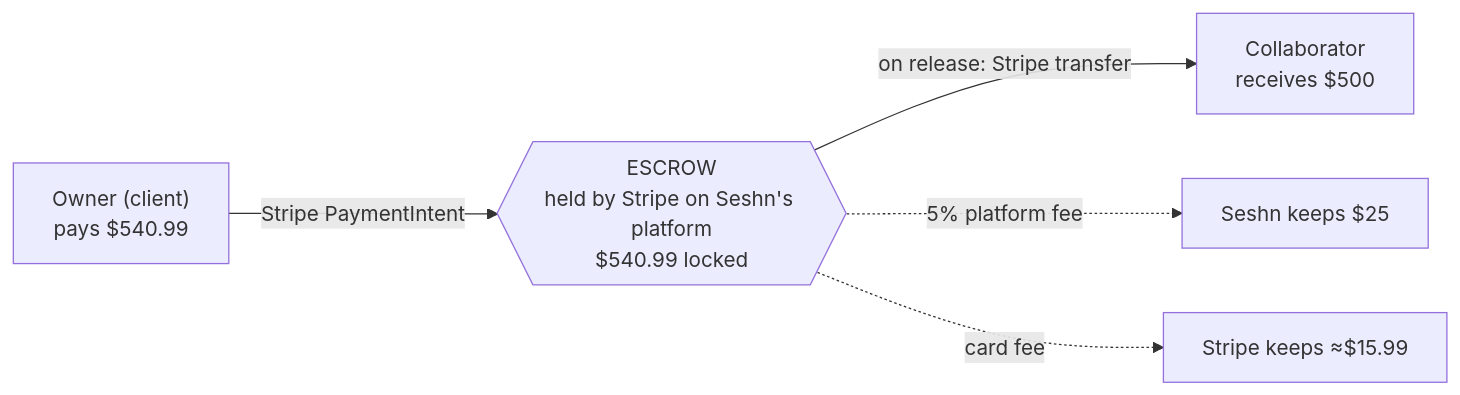
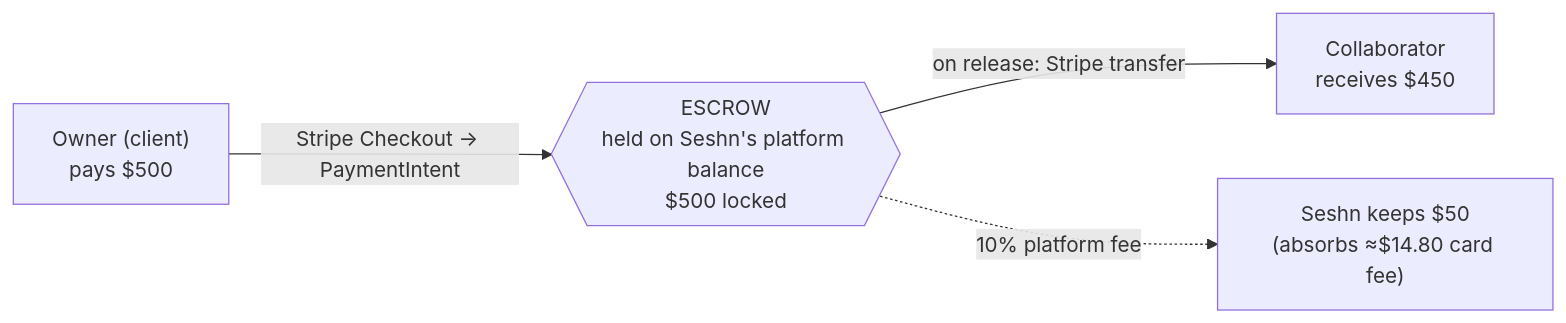
One commit to J-Pulford/seshn changed the first of 2 diagrams in docs/escrow-flow.md. Above: the diagram before and after it, drawn with Mermaid. The commit also changed other lines of this file and 9 other files, not shown here.

First line of the commit message:
Escrow: build the funding checkout + delivery/release flow

````diff
--- a/docs/escrow-flow.md
+++ b/docs/escrow-flow.md
@@ -25,7 +30,6 @@
 ```mermaid
 flowchart LR
-    O["Owner (client)<br/>pays $540.99"] -->|Stripe PaymentIntent| E{{"ESCROW<br/>held by Stripe on Seshn's platform<br/>$540.99 locked"}}
-    E -->|on release: Stripe transfer| C["Collaborator<br/>receives $500"]
-    E -.5% platform fee.-> S["Seshn keeps $25"]
-    E -.card fee.-> ST["Stripe keeps ≈$15.99"]
+    O["Owner (client)<br/>pays $500"] -->|Stripe Checkout → PaymentIntent| E{{"ESCROW<br/>held on Seshn's platform balance<br/>$500 locked"}}
+    E -->|on release: Stripe transfer| C["Collaborator<br/>receives $450"]
+    E -.10% platform fee.-> S["Seshn keeps $50<br/>(absorbs ≈$14.80 card fee)"]
 ```
````
